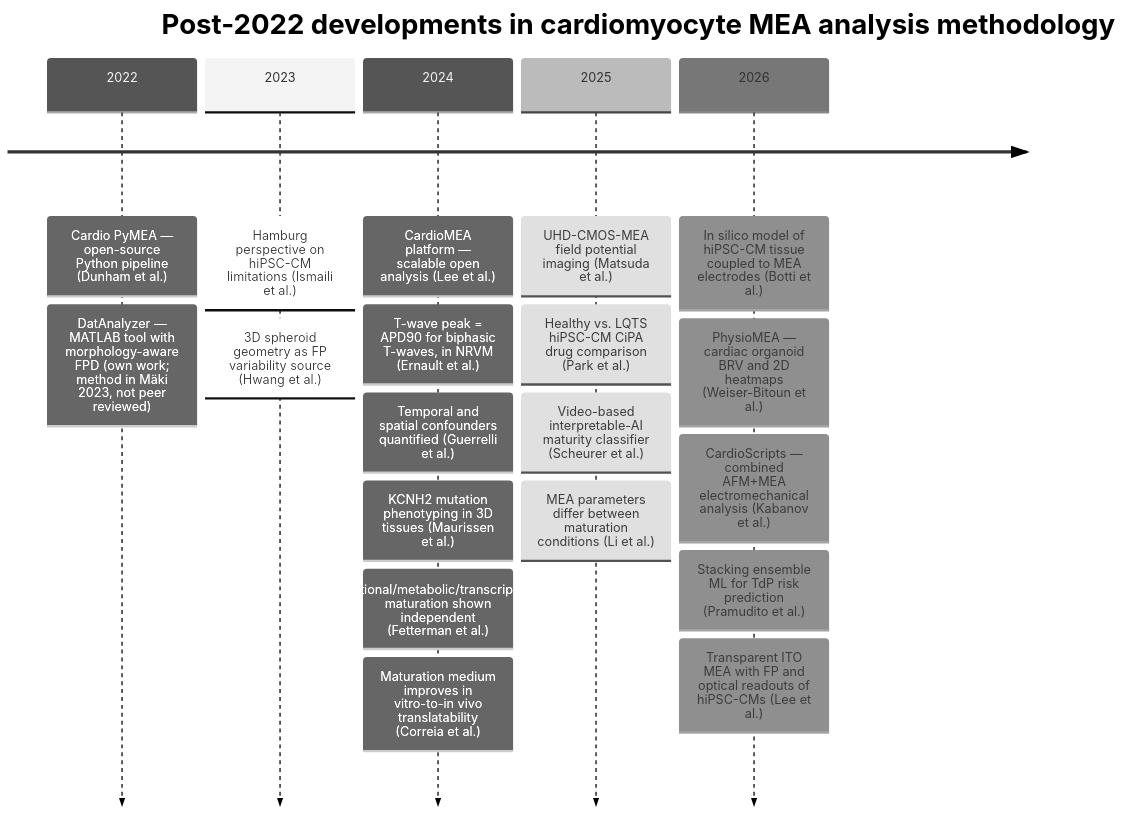
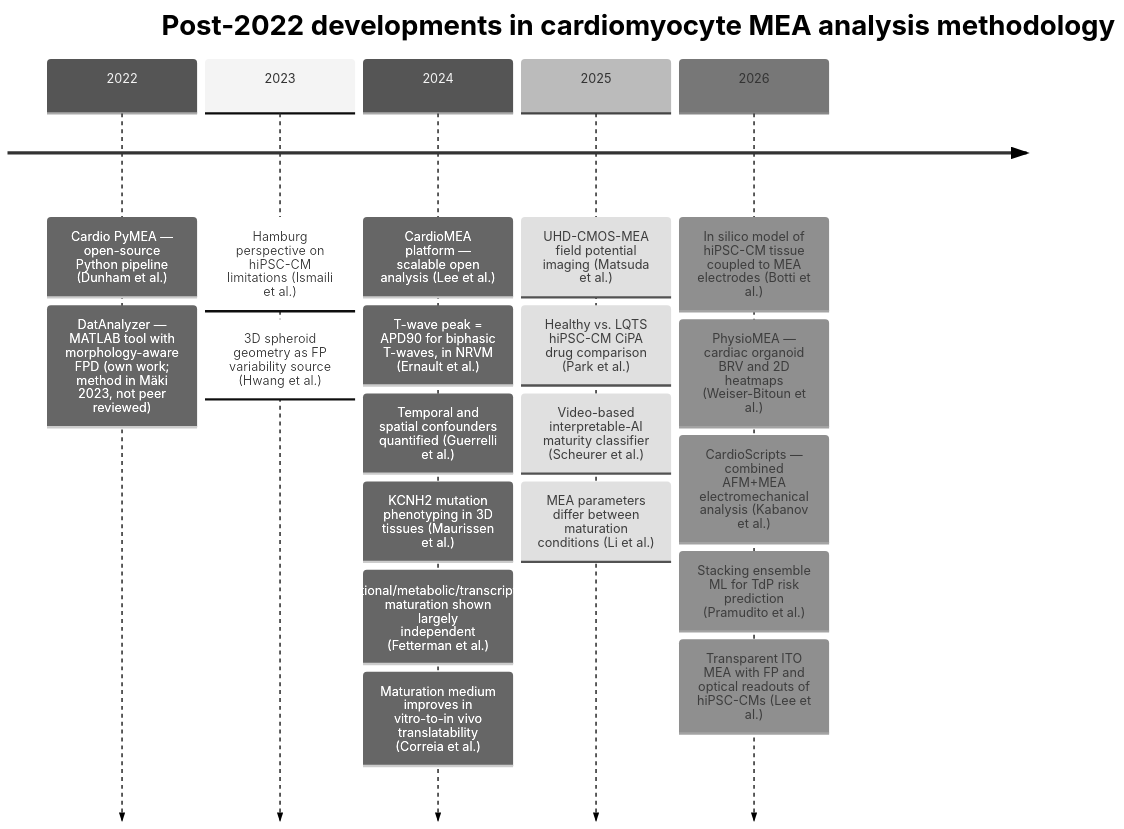
One commit to AnaHill/MEA_review_llm_wiki changed the first of 2 diagrams in main.md. Above: the diagram before and after it, drawn with Mermaid (neutral theme). The commit also changed other lines of this file and 2 other files, not shown here.

Commit message:
grinding, update Fetterman and Scheurer; reword "non-MEA modalities" to "modalities other than field potentials"

````diff
--- a/main.md
+++ b/main.md
@@ -70,23 +70,23 @@
 ```mermaid
 timeline
     title Post-2022 developments in cardiomyocyte MEA analysis methodology
     2022 : Cardio PyMEA — open-source Python pipeline (Dunham et al.)
          : DatAnalyzer — MATLAB tool with morphology-aware FPD (own work; method in Mäki 2023, not peer reviewed)
     2023 : Hamburg perspective on hiPSC-CM limitations (Ismaili et al.)
          : 3D spheroid geometry as FP variability source (Hwang et al.)
     2024 : CardioMEA platform — scalable open analysis (Lee et al.)
          : T-wave peak = APD90 for biphasic T-waves, in NRVM (Ernault et al.)
          : Temporal and spatial confounders quantified (Guerrelli et al.)
          : KCNH2 mutation phenotyping in 3D tissues (Maurissen et al.)
-         : Functional/metabolic/transcriptional maturation shown independent (Fetterman et al.)
+         : Functional/metabolic/transcriptional maturation shown largely independent (Fetterman et al.)
          : Maturation medium improves in vitro-to-in vivo translatability (Correia et al.)
     2025 : UHD-CMOS-MEA field potential imaging (Matsuda et al.)
          : Healthy vs. LQTS hiPSC-CM CiPA drug comparison (Park et al.)
          : Video-based interpretable-AI maturity classifier (Scheurer et al.)
          : MEA parameters differ between maturation conditions (Li et al.)
     2026 : In silico model of hiPSC-CM tissue coupled to MEA electrodes (Botti et al.)
          : PhysioMEA — cardiac organoid BRV and 2D heatmaps (Weiser-Bitoun et al.)
          : CardioScripts — combined AFM+MEA electromechanical analysis (Kabanov et al.)
          : Stacking ensemble ML for TdP risk prediction (Pramudito et al.)
          : Transparent ITO MEA with FP and optical readouts of hiPSC-CMs (Lee et al.)
 ```
````
